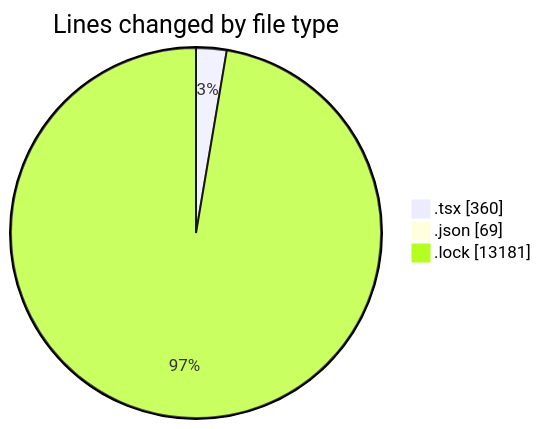
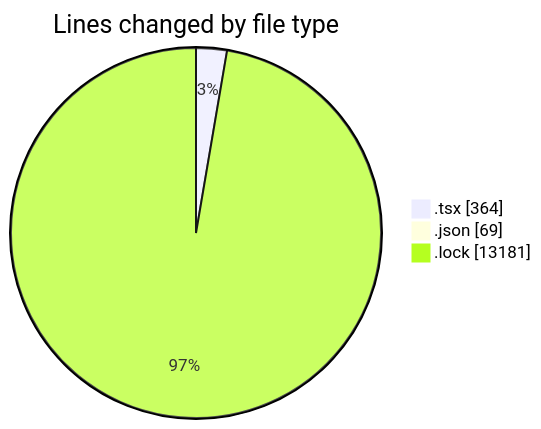
The first of 2 diagrams in 2025-03-10/cda/README.md (momahboobian/code-tracking), drawn with Mermaid before and after one commit. The commit also changed other lines of this file and 1 other file, not shown here.

````diff
--- a/2025-03-10/cda/README.md
+++ b/2025-03-10/cda/README.md
@@ -23,7 +23,7 @@
 ```mermaid
 pie showData
 title Lines changed by file type
-".tsx" : 360
+".tsx" : 364
 ".json" : 69
 ".lock" : 13181
 ```
````
